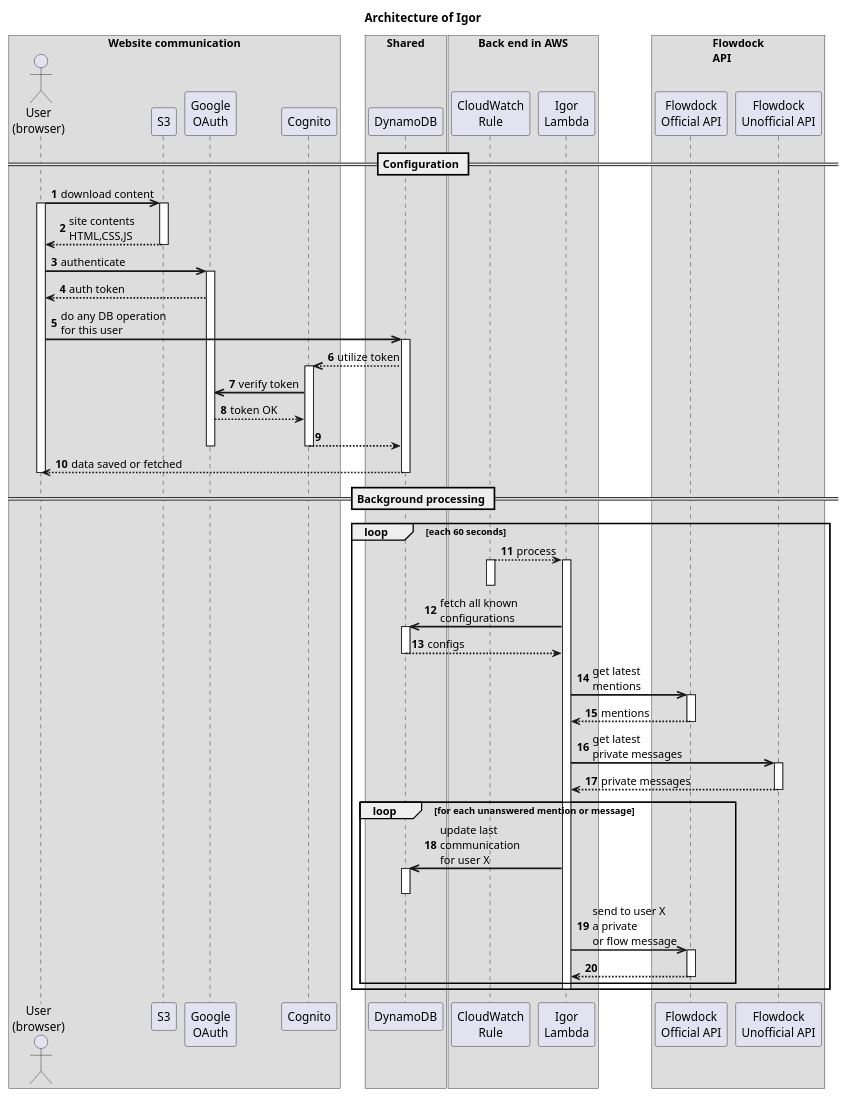
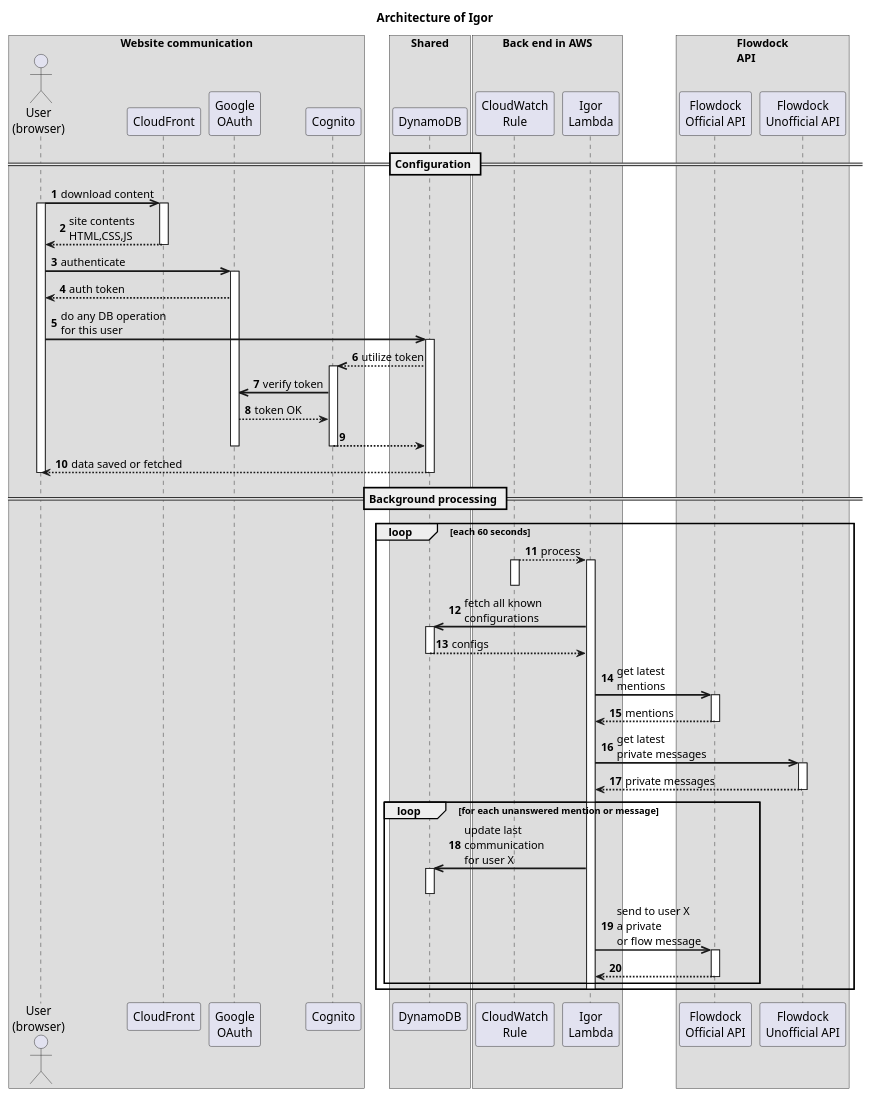
The diagram in docs/igor_sequence.puml (milanaleksic/flowdock-notifier), drawn with PlantUML before and after one commit. The commit also changed 9 other files, not shown here.

Commit message:
Utilizing CloudFront with Amazon ACM certificates

```diff
--- a/docs/igor_sequence.puml
+++ b/docs/igor_sequence.puml
@@ -1,95 +1,95 @@
 @startuml
 
 title Architecture of Igor
 
 autonumber
 skinparam sequenceArrowThickness 2
 
 box "Website communication"
 actor "User\n(browser)" as user
-participant "S3" as s3
+participant "CloudFront" as front
 participant "Google\nOAuth" as google
 participant "Cognito" as cognito
 endbox
 
 box "Shared"
 participant DynamoDB as db
 endbox
 
 box "Back end in AWS"
 participant "CloudWatch\nRule" as cron
 participant "Igor\nLambda" as lambda
 endbox
 
 box "Flowdock\nAPI"
 participant "Flowdock\nOfficial API" as flowdock
 participant "Flowdock\nUnofficial API" as flowdock_xhr
 endbox
 
 == Configuration ==
 
-user ->> s3: download content
+user ->> front: download content
 activate user
 
-activate s3
-s3 --> user: site contents\nHTML,CSS,JS
-deactivate s3
+activate front
+front --> user: site contents\nHTML,CSS,JS
+deactivate front
 
 user ->> google: authenticate
 activate google
 google --> user: auth token
 
 user ->> db: do any DB operation\nfor this user
 activate db
 db -->> cognito: utilize token
 activate cognito
 cognito ->> google: verify token
 google --> cognito: token OK
 cognito --> db: 
 deactivate google
 deactivate cognito
 
 db --> user: data saved or fetched
 deactivate db
 
 deactivate user
 
 == Background processing ==
 
 loop each 60 seconds
 
     cron --> lambda: process
     activate cron
     deactivate cron
 
     activate lambda
     lambda ->> db: fetch all known\nconfigurations
     activate db
     db --> lambda: configs
     deactivate db
 
     lambda ->> flowdock: get latest \nmentions 
     activate flowdock
     flowdock --> lambda: mentions
     deactivate flowdock
 
     lambda ->> flowdock_xhr: get latest \nprivate messages 
     activate flowdock_xhr
     flowdock_xhr --> lambda: private messages
     deactivate flowdock_xhr
 
     loop for each <b>unanswered</b> mention or message
         lambda ->> db: update last\ncommunication\nfor user X
         activate db
         deactivate db
         lambda ->> flowdock: send to user X\na private\nor flow message
         activate flowdock
         flowdock --> lambda 
         deactivate flowdock
     end
 
     deactivate lambda
 
 end
 
 @enduml
```
